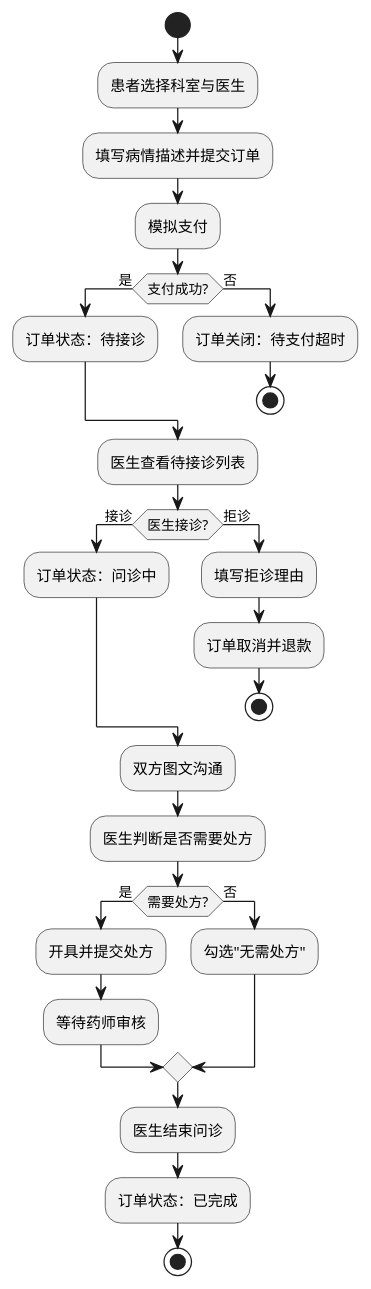
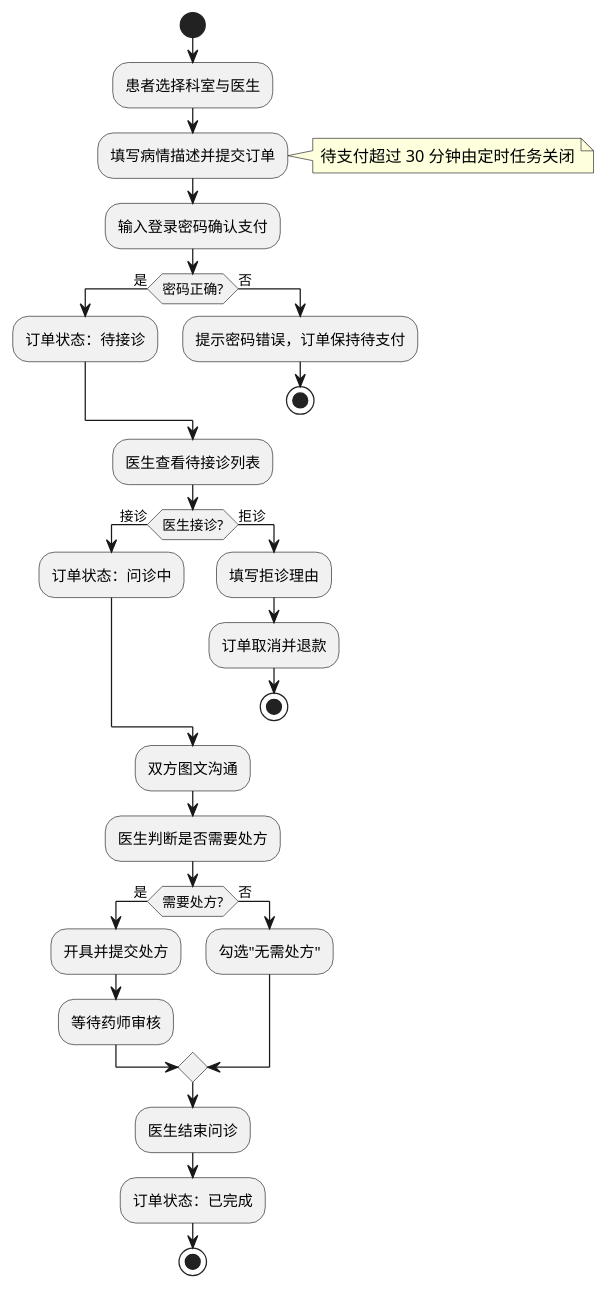
The diagram in docs/diagrams/activity-consultation.puml (RefuseIOT/MedicinePlatform), drawn with PlantUML before and after one commit. The commit also changed 2 other files, not shown here.

Commit message:
docs: 模拟支付

```diff
--- a/docs/diagrams/activity-consultation.puml
+++ b/docs/diagrams/activity-consultation.puml
@@ -1,31 +1,32 @@
 @startuml 问诊主流程
 start
 :患者选择科室与医生;
 :填写病情描述并提交订单;
-:模拟支付;
-if (支付成功?) then (是)
+note right: 待支付超过 30 分钟由定时任务关闭
+:输入登录密码确认支付;
+if (密码正确?) then (是)
   :订单状态：待接诊;
 else (否)
-  :订单关闭：待支付超时;
+  :提示密码错误，订单保持待支付;
   stop
 endif
 :医生查看待接诊列表;
 if (医生接诊?) then (接诊)
   :订单状态：问诊中;
 else (拒诊)
   :填写拒诊理由;
   :订单取消并退款;
   stop
 endif
 :双方图文沟通;
 :医生判断是否需要处方;
 if (需要处方?) then (是)
   :开具并提交处方;
   :等待药师审核;
 else (否)
   :勾选"无需处方";
 endif
 :医生结束问诊;
 :订单状态：已完成;
 stop
 @enduml
```
